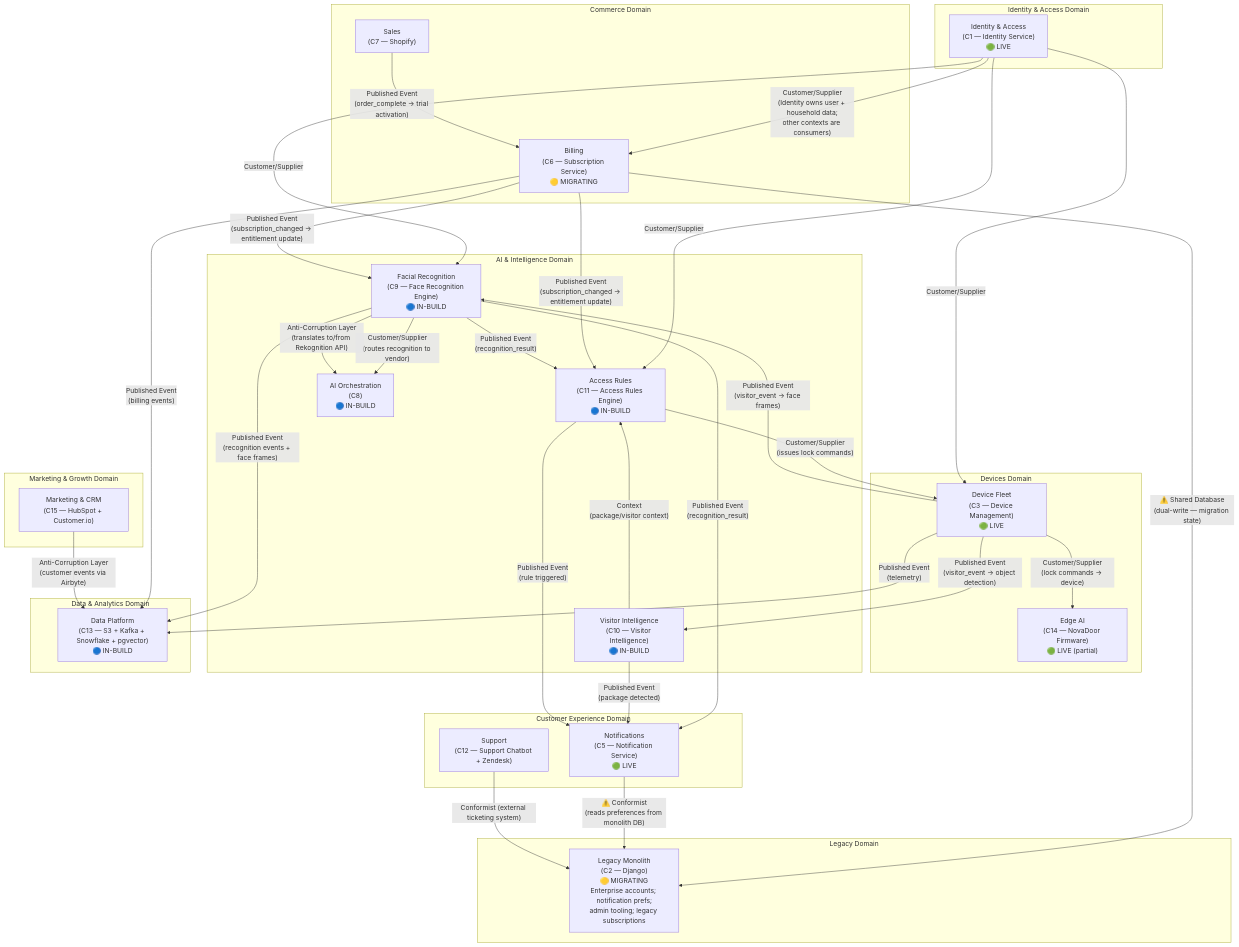
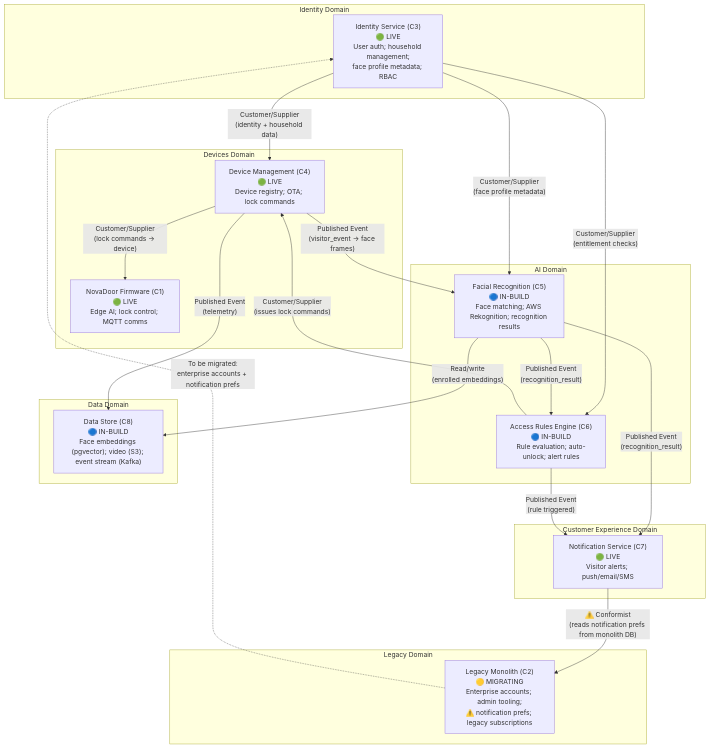
Before and after one commit to magnusbakken/residuality-example: the diagram in docs/architecture/diagrams/domain-map.md, drawn with Mermaid. The commit also changed other lines of this file and 15 other files, not shown here.

````diff
--- a/docs/architecture/diagrams/domain-map.md
+++ b/docs/architecture/diagrams/domain-map.md
@@ -5,74 +5,47 @@
 ```mermaid
 graph TD
-    subgraph Identity["Identity & Access Domain"]
-        ID_CTX["Identity & Access\n(C1 — Identity Service)\n🟢 LIVE"]
-    end
-
-    subgraph Commerce["Commerce Domain"]
-        SALES_CTX["Sales\n(C7 — Shopify)"]
-        BILLING_CTX["Billing\n(C6 — Subscription Service)\n🟡 MIGRATING"]
+    subgraph Identity["Identity Domain"]
+        ID_CTX["Identity Service (C3)\n🟢 LIVE\nUser auth; household management;\nface profile metadata; RBAC"]
     end
 
     subgraph Devices["Devices Domain"]
-        FLEET_CTX["Device Fleet\n(C3 — Device Management)\n🟢 LIVE"]
-        EDGE_CTX["Edge AI\n(C14 — NovaDoor Firmware)\n🟢 LIVE (partial)"]
+        FLEET_CTX["Device Management (C4)\n🟢 LIVE\nDevice registry; OTA; lock commands"]
+        EDGE_CTX["NovaDoor Firmware (C1)\n🟢 LIVE\nEdge AI; lock control; MQTT comms"]
     end
 
-    subgraph AI["AI & Intelligence Domain"]
-        FACE_CTX["Facial Recognition\n(C9 — Face Recognition Engine)\n🔵 IN-BUILD"]
-        VISITOR_CTX["Visitor Intelligence\n(C10 — Visitor Intelligence)\n🔵 IN-BUILD"]
-        ACCESS_CTX["Access Rules\n(C11 — Access Rules Engine)\n🔵 IN-BUILD"]
-        ORCH_CTX["AI Orchestration\n(C8)\n🔵 IN-BUILD"]
+    subgraph AI["AI Domain"]
+        FACE_CTX["Facial Recognition (C5)\n🔵 IN-BUILD\nFace matching; AWS Rekognition; recognition results"]
+        ACCESS_CTX["Access Rules Engine (C6)\n🔵 IN-BUILD\nRule evaluation; auto-unlock; alert rules"]
     end
 
     subgraph Customer["Customer Experience Domain"]
-        SUPPORT_CTX["Support\n(C12 — Support Chatbot + Zendesk)"]
-        NOTIF_CTX["Notifications\n(C5 — Notification Service)\n🟢 LIVE"]
+        NOTIF_CTX["Notification Service (C7)\n🟢 LIVE\nVisitor alerts; push/email/SMS"]
     end
 
-    subgraph Marketing["Marketing & Growth Domain"]
-        MKT_CTX["Marketing & CRM\n(C15 — HubSpot + Customer.io)"]
-    end
-
-    subgraph Data["Data & Analytics Domain"]
-        DATA_CTX["Data Platform\n(C13 — S3 + Kafka + Snowflake + pgvector)\n🔵 IN-BUILD"]
+    subgraph Data["Data Domain"]
+        DATA_CTX["Data Store (C8)\n🔵 IN-BUILD\nFace embeddings (pgvector); video (S3); event stream (Kafka)"]
     end
 
     subgraph Legacy["Legacy Domain"]
-        MONO_CTX["Legacy Monolith\n(C2 — Django)\n🟡 MIGRATING\nEnterprise accounts; notification prefs;\nadmin tooling; legacy subscriptions"]
+        MONO_CTX["Legacy Monolith (C2)\n🟡 MIGRATING\nEnterprise accounts; admin tooling;\n⚠️ notification prefs; legacy subscriptions"]
     end
 
-    ID_CTX -->|"Customer/Supplier\n(Identity owns user + household data;\nother contexts are consumers)"| BILLING_CTX
-    ID_CTX -->|"Customer/Supplier"| FLEET_CTX
-    ID_CTX -->|"Customer/Supplier"| FACE_CTX
-    ID_CTX -->|"Customer/Supplier"| ACCESS_CTX
-
-    SALES_CTX -->|"Published Event\n(order_complete → trial activation)"| BILLING_CTX
-    BILLING_CTX -->|"Published Event\n(subscription_changed → entitlement update)"| FACE_CTX
-    BILLING_CTX -->|"Published Event\n(subscription_changed → entitlement update)"| ACCESS_CTX
-    BILLING_CTX -->|"⚠️ Shared Database\n(dual-write — migration state)"| MONO_CTX
+    ID_CTX -->|"Customer/Supplier\n(identity + household data)"| FLEET_CTX
+    ID_CTX -->|"Customer/Supplier\n(face profile metadata)"| FACE_CTX
+    ID_CTX -->|"Customer/Supplier\n(entitlement checks)"| ACCESS_CTX
 
     FLEET_CTX -->|"Published Event\n(visitor_event → face frames)"| FACE_CTX
-    FLEET_CTX -->|"Published Event\n(visitor_event → object detection)"| VISITOR_CTX
     FLEET_CTX -->|"Customer/Supplier\n(lock commands → device)"| EDGE_CTX
+    FLEET_CTX -->|"Published Event\n(telemetry)"| DATA_CTX
 
     FACE_CTX -->|"Published Event\n(recognition_result)"| ACCESS_CTX
     FACE_CTX -->|"Published Event\n(recognition_result)"| NOTIF_CTX
-    FACE_CTX -->|"Customer/Supplier\n(routes recognition to vendor)"| ORCH_CTX
-    VISITOR_CTX -->|"Context\n(package/visitor context)"| ACCESS_CTX
-    VISITOR_CTX -->|"Published Event\n(package detected)"| NOTIF_CTX
+    FACE_CTX -->|"Read/write\n(enrolled embeddings)"| DATA_CTX
 
     ACCESS_CTX -->|"Customer/Supplier\n(issues lock commands)"| FLEET_CTX
     ACCESS_CTX -->|"Published Event\n(rule triggered)"| NOTIF_CTX
 
-    NOTIF_CTX -->|"⚠️ Conformist\n(reads preferences from monolith DB)"| MONO_CTX
+    NOTIF_CTX -->|"⚠️ Conformist\n(reads notification prefs from monolith DB)"| MONO_CTX
 
-    FACE_CTX -->|"Anti-Corruption Layer\n(translates to/from Rekognition API)"| ORCH_CTX
-    SUPPORT_CTX -->|"Conformist (external ticketing system)"| MONO_CTX
-
-    FLEET_CTX -->|"Published Event\n(telemetry)"| DATA_CTX
-    FACE_CTX -->|"Published Event\n(recognition events + face frames)"| DATA_CTX
-    BILLING_CTX -->|"Published Event\n(billing events)"| DATA_CTX
-
-    MKT_CTX -->|"Anti-Corruption Layer\n(customer events via Airbyte)"| DATA_CTX
+    MONO_CTX -.->|"To be migrated:\nenterprise accounts + notification prefs"| ID_CTX
 ```
````
